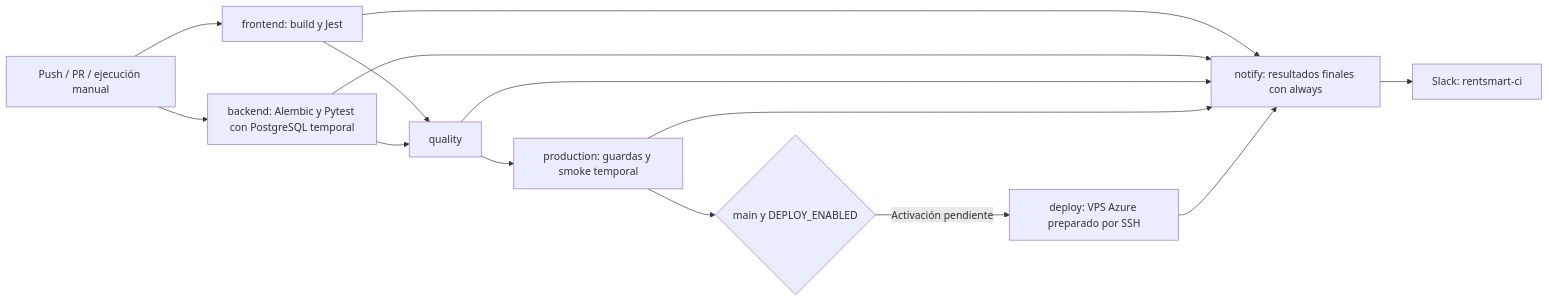
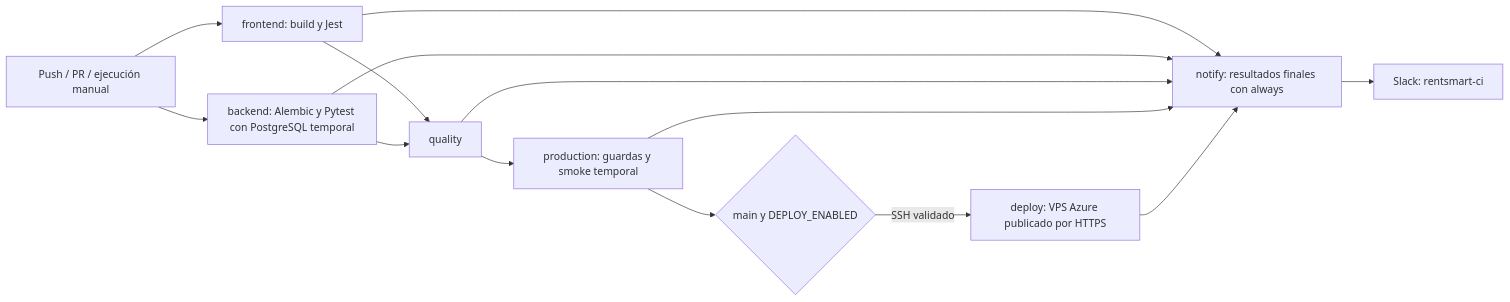
Before and after one commit to JorgeJaceval/Pruebas-De-Software-RentSmart: the second of 2 diagrams in docs/wiki/Arquitectura.md, drawn with Mermaid. The commit also changed other lines of this file and 9 other files, not shown here.

````diff
--- a/docs/wiki/Arquitectura.md
+++ b/docs/wiki/Arquitectura.md
@@ -39,16 +39,16 @@
 ```mermaid
 flowchart LR
   GitHub[Push / PR / ejecución manual] --> FE[frontend: build y Jest]
   GitHub --> BE[backend: Alembic y Pytest con PostgreSQL temporal]
   FE --> Quality[quality]
   BE --> Quality
   Quality --> Production[production: guardas y smoke temporal]
   Production --> Gate{main y DEPLOY_ENABLED}
-  Gate -->|Activación pendiente| Deploy[deploy: VPS Azure preparado por SSH]
+  Gate -->|SSH validado| Deploy[deploy: VPS Azure publicado por HTTPS]
   FE --> Notify[notify: resultados finales con always]
   BE --> Notify
   Quality --> Notify
   Production --> Notify
   Deploy --> Notify
   Notify --> Slack[Slack: rentsmart-ci]
 ```
````
